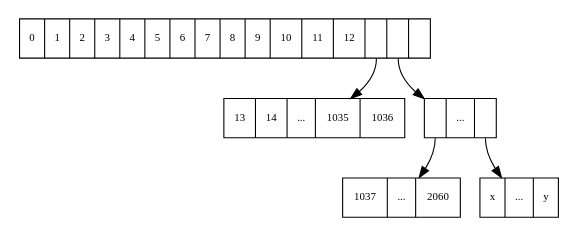
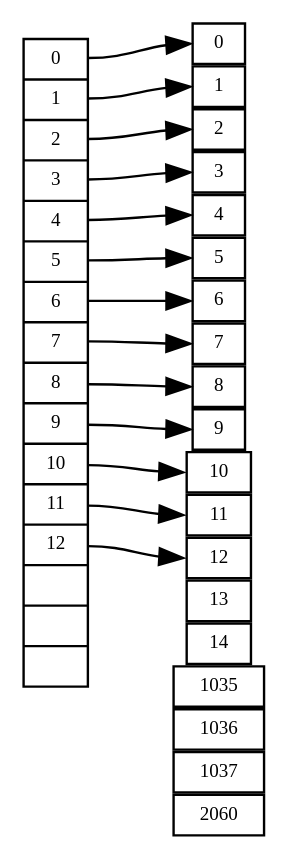
One commit to dezgeg/gradu changed the diagram in gfx/ext2-blocks.dot. Above: the diagram before and after it, drawn with Graphviz.

Commit message:
retarded graphviz

```diff
--- a/gfx/ext2-blocks.dot
+++ b/gfx/ext2-blocks.dot
@@ -1,18 +1,100 @@
 digraph ext2 {
     //splines = false;
-    rankdir = UD;
-    //nodesep = 0;
+    rankdir = LR;
+    nodesep = 0.0;
     //ranksep = 0.5;
-    node[fontsize = 10,width=0.3];
+    node[fontsize = 8,width=0.1,height=0.1];
     size = "4.0,6.0!";
 
-    inode [shape=record,label="0|1|2|3|4|5|6|7|8|9|10|11|12|<idp1>|<idp2>|<idp3>"];
-    idb1 [shape=record,label="13|14|...|1035|1036"];
-    idb2 [shape=record,label="<idp2_0>|...|<idp2_1023>"];
-    idb2_0 [shape=record,label="1037|...|2060"];
-    idb2_1023 [shape=record,label="x|...|y"];
-    inode:idp1 -> idb1;
-    inode:idp2 -> idb2;
-    idb2:idp2_0 -> idb2_0;
-    idb2:idp2_1023 -> idb2_1023;
+    // Group 1: Inode
+    subgraph {
+        rank = same;
+        inode [shape=record,label="<b0>0|<b1>1|<b2>2|<b3>3|<b4>4|<b5>5|<b6>6|<b7>7|<b8>8|<b9>9|<b10>10|<b11>11|<b12>12|<idp1>|<idp2>|<idp3>"];
+    }
+
+    // Group 2: Doubly indirect blocks
+    /*
+    subgraph {
+        rank = same;
+        idb2 [shape=record,label="<idp2_0>|...|<idp2_1023>"];
+    }
+    */
+
+    // Group 3: Indirect blocks
+    //subgraph {
+        //rank = same;
+        //idb1 [shape=record,label="<b13>13|<b14>14|...|<b1035>1035|<b1036>1036"];
+        //idb2_0 [shape=record,label="<b1037>1037|...|<b2060>2060"];
+        //idb2_1023 [shape=record,label="x|...|y"];
+    //}
+
+    // Group 3: Data blocks
+    subgraph {
+        rank = same;
+        graph[ordering="out"];
+        b0 [shape=box,label="0"];
+        b1 [shape=box,label="1"];
+        b2 [shape=box,label="2"];
+        b3 [shape=box,label="3"];
+        b4 [shape=box,label="4"];
+        b5 [shape=box,label="5"];
+        b6 [shape=box,label="6"];
+        b7 [shape=box,label="7"];
+        b8 [shape=box,label="8"];
+        b9 [shape=box,label="9"];
+        b10 [shape=box,label="10"];
+        b11 [shape=box,label="11"];
+        b12 [shape=box,label="12"];
+
+        b13 [shape=box,label="13"];
+        b14 [shape=box,label="14"];
+        b1035 [shape=box,label="1035"];
+        b1036 [shape=box,label="1036"];
+
+        b1037 [shape=box,label="1037"];
+        b2060 [shape=box,label="2060"];
+    }
+
+    // inode -> doubly indirect block connections
+    //inode:idp2 -> idb2;
+
+    // doubly indirect block -> indirect block connections
+    //idb2:idp2_0 -> idb2_0;
+    //idb2:idp2_1023 -> idb2_1023;
+
+    // inode -> indirect block connections
+    //inode:idp1 -> idb1;
+
+    // inode -> direct block connections
+    inode:b0 -> b0:w;
+    inode:b1 -> b1:w;
+    inode:b2 -> b2:w;
+    inode:b3 -> b3:w;
+    inode:b4 -> b4:w;
+    inode:b5 -> b5:w;
+    inode:b6 -> b6:w;
+    inode:b7 -> b7:w;
+    inode:b8 -> b8:w;
+    inode:b9 -> b9:w;
+    inode:b10 -> b10:w;
+    inode:b11 -> b11:w;
+    inode:b12 -> b12:w;
+
+    // retarded crap
+    b12:s -> b13:n [style=invis];
+    b13:s -> b14:n [style=invis];
+    b14:s -> b1035:n [style=invis];
+    b1035:s -> b1036:n [style=invis];
+    b1036:s -> b1037:n [style=invis];
+    b1037:s -> b2060:n [style=invis];
+
+
+    // 1st indirect block -> direct block connections
+    //idb1:b13 -> b13:w;
+    //idb1:b14 -> b14:w;
+    //idb1:b1035 -> b1035:w;
+    //idb1:b1036 -> b1036:w;
+
+    //idb2_0:b1037 -> b1037:w;
+    //idb2_0:b2060 -> b2060:w;
 }
```
